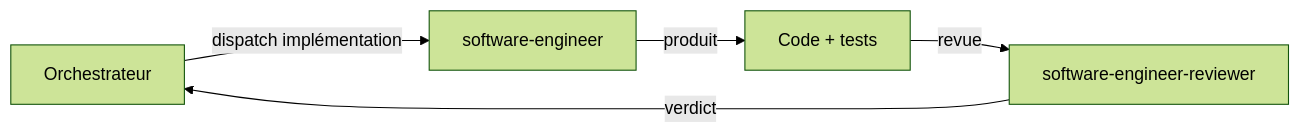
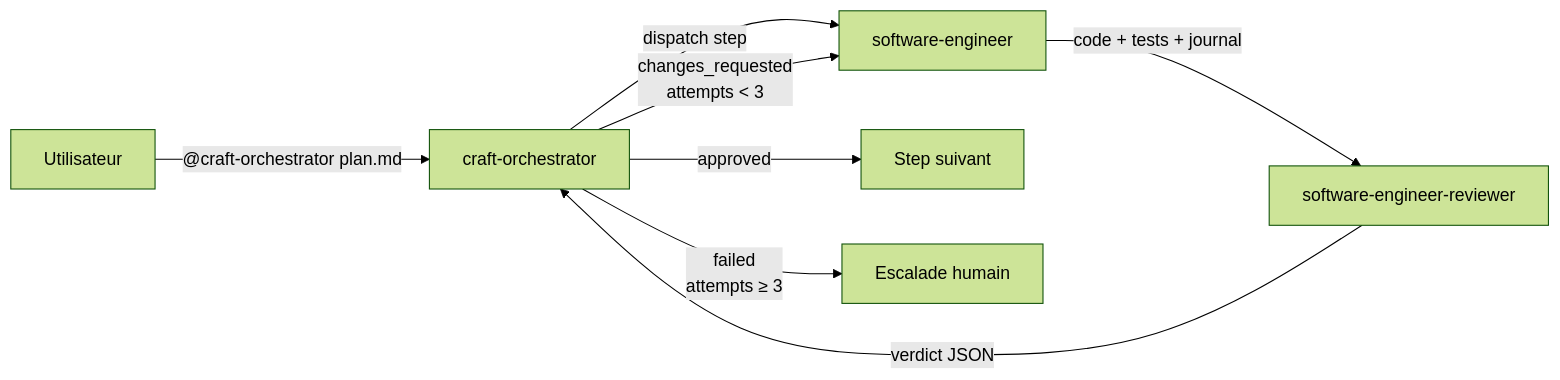
The diagram in docs/agent-software-engineer-and-reviewer.md (SebastienDegodez/skraft-plugin), drawn with Mermaid (forest theme) before and after one commit. The commit also changed other lines of this file and 5 other files, not shown here.

First line of the commit message:
feat(agent): add craft-orchestrator, make engineer/reviewer internal subagents

````diff
--- a/docs/agent-software-engineer-and-reviewer.md
+++ b/docs/agent-software-engineer-and-reviewer.md
@@ -26,7 +27,10 @@
 ```mermaid
 flowchart LR
-    O[Orchestrateur] -->|dispatch implémentation| ENG[software-engineer]
-    ENG -->|produit| CODE[Code + tests]
-    CODE -->|revue| REV[software-engineer-reviewer]
-    REV -->|verdict| O
+    U[Utilisateur] -->|"@craft-orchestrator plan.md"| O[craft-orchestrator]
+    O -->|dispatch step| ENG[software-engineer]
+    ENG -->|code + tests + journal| REV[software-engineer-reviewer]
+    REV -->|verdict JSON| O
+    O -->|approved| NEXT[Step suivant]
+    O -->|changes_requested\nattempts < 3| ENG
+    O -->|failed\nattempts ≥ 3| ESC[Escalade humain]
 ```
````
